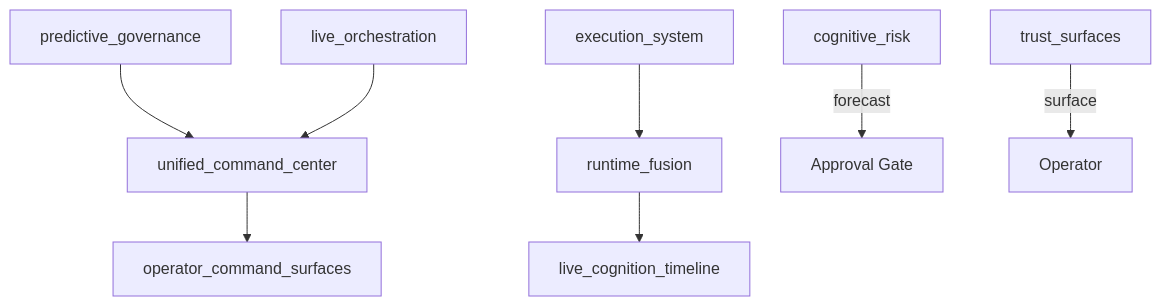
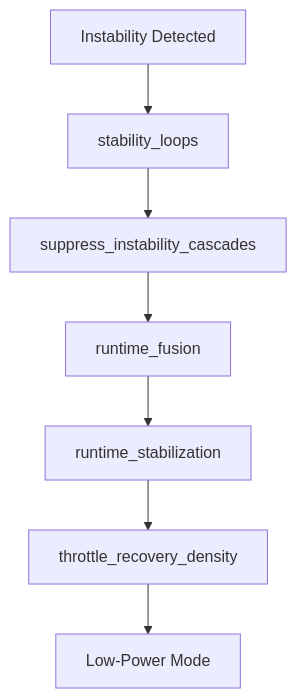
The fifth of 7 diagrams in README.md (FrostXMello/odin-runtime), drawn with Mermaid before and after one commit. The commit also changed other lines of this file and 27 other files, not shown here.

````diff
--- a/README.md
+++ b/README.md
@@ -170,10 +158,9 @@
 ```mermaid
 flowchart TB
-    PG[predictive_governance] --> UCC[unified_command_center]
-    ES[execution_system] --> RF[runtime_fusion]
-    LO[live_orchestration] --> UCC
-    UCC --> OCS[operator_command_surfaces]
-    RF --> LCT[live_cognition_timeline]
-    CR[cognitive_risk] -->|forecast| APPROVE[Approval Gate]
-    TS[trust_surfaces] -->|surface| Operator[Operator]
+    INST[Instability Detected] --> SL[stability_loops]
+    SL --> SUP[suppress_instability_cascades]
+    SUP --> RF[runtime_fusion]
+    RF --> RS[runtime_stabilization]
+    RS --> THR[throttle_recovery_density]
+    THR --> LP[Low-Power Mode]
 ```
````
